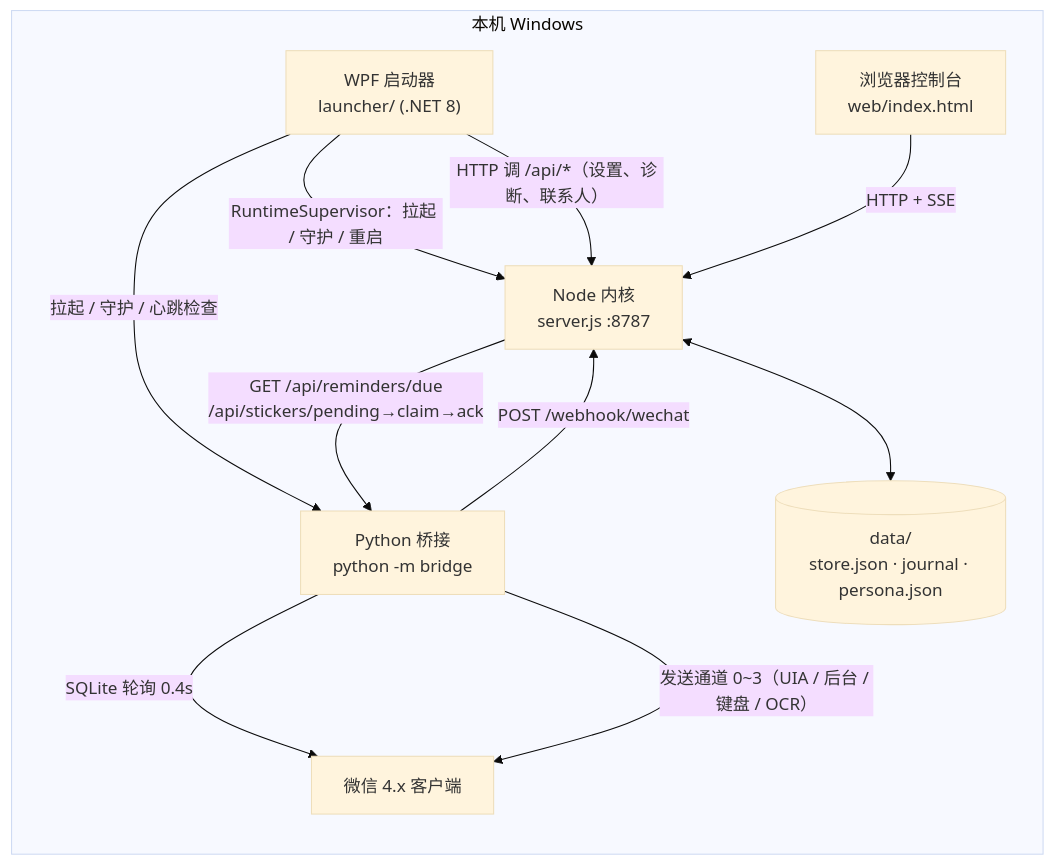
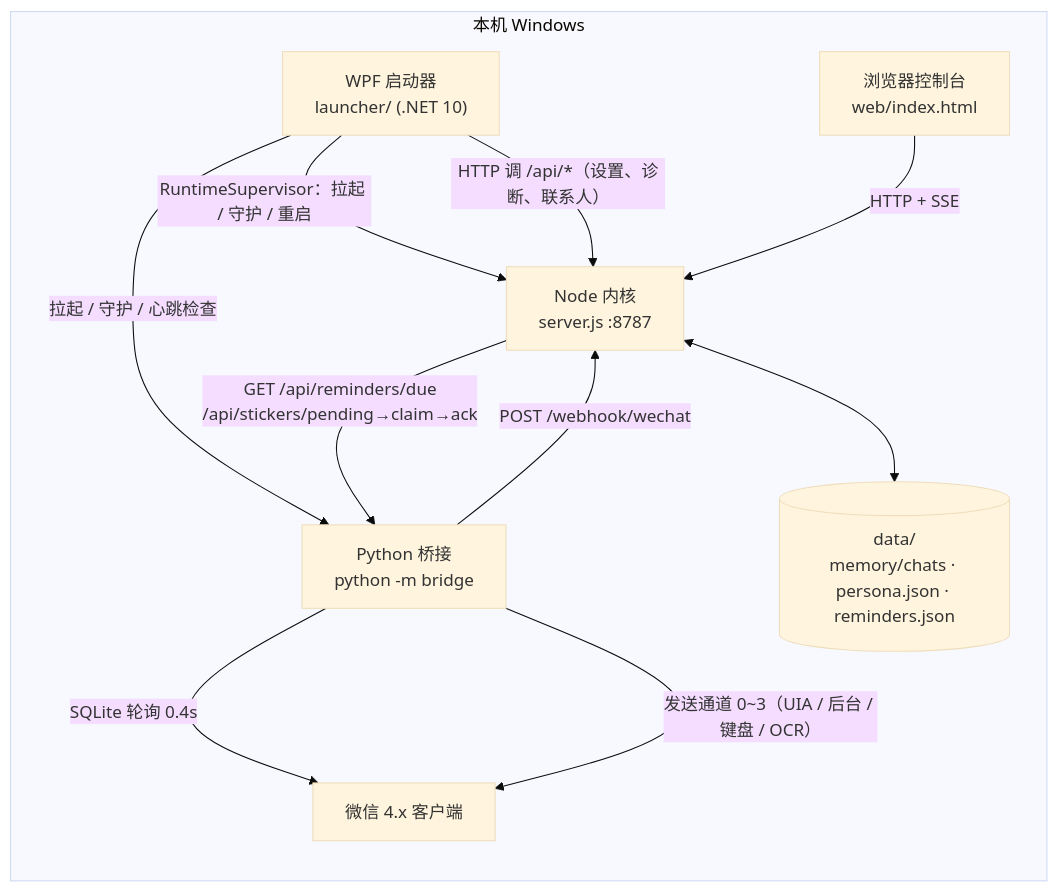
One commit to Banan1cee/whale_gril changed the first of 3 diagrams in docs/架构总览.md. Above: the diagram before and after it, drawn with Mermaid (base theme). The commit also changed other lines of this file and 25 other files, not shown here.

````diff
--- a/docs/架构总览.md
+++ b/docs/架构总览.md
@@ -16,21 +16,21 @@
 ```mermaid
 flowchart LR
   subgraph PC["本机 Windows"]
-    L["WPF 启动器<br/>launcher/ (.NET 8)"]
+    L["WPF 启动器<br/>launcher/ (.NET 10)"]
     N["Node 内核<br/>server.js :8787"]
     P["Python 桥接<br/>python -m bridge"]
     WX["微信 4.x 客户端"]
     WEB["浏览器控制台<br/>web/index.html"]
-    D[("data/<br/>store.json · journal · persona.json")]
+    D[("data/<br/>memory/chats · persona.json · reminders.json")]
   end
 
   L -- "RuntimeSupervisor：拉起 / 守护 / 重启" --> N
   L -- "拉起 / 守护 / 心跳检查" --> P
   L -- "HTTP 调 /api/*（设置、诊断、联系人）" --> N
   WEB -- "HTTP + SSE" --> N
   P -- "SQLite 轮询 0.4s" --> WX
   P -- "发送通道 0~3（UIA / 后台 / 键盘 / OCR）" --> WX
   P -- "POST /webhook/wechat" --> N
   N -- "GET /api/reminders/due<br/>/api/stickers/pending→claim→ack" --> P
   N <--> D
 ```
````
